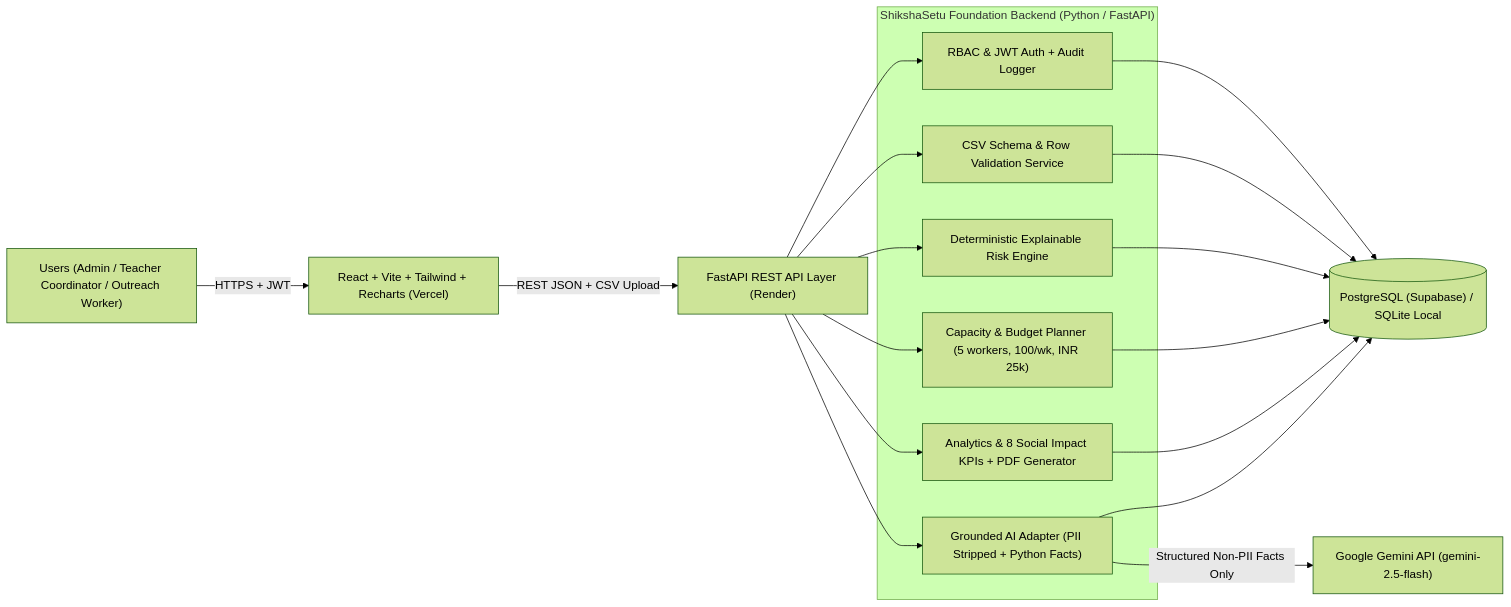
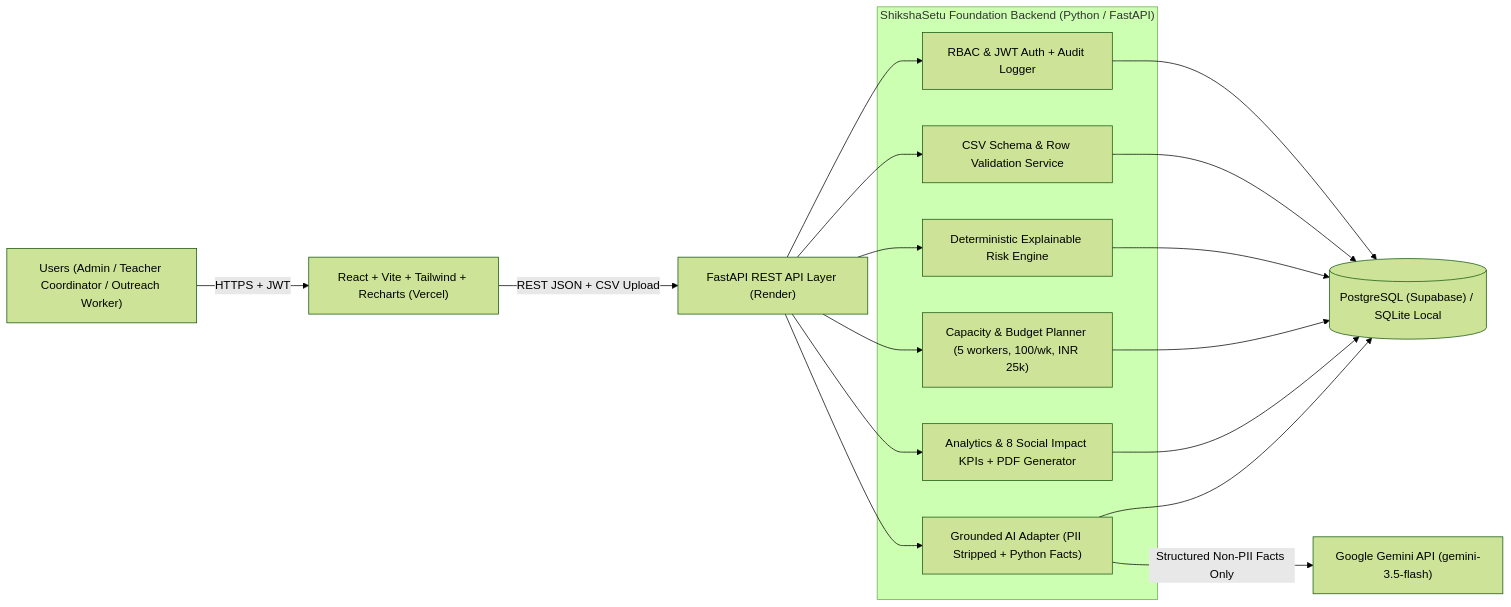
The diagram in docs/ARCHITECTURE.md (Gayathri47499/shikshasetu-foundation), drawn with Mermaid (forest theme) before and after one commit. The commit also changed 7 other files, not shown here.

Commit message:
Update default GEMINI_MODEL to gemini-3.5-flash

````diff
--- a/docs/ARCHITECTURE.md
+++ b/docs/ARCHITECTURE.md
@@ -5,24 +5,24 @@
 ```mermaid
 flowchart LR
     U["Users (Admin / Teacher Coordinator / Outreach Worker)"] -->|HTTPS + JWT| FE["React + Vite + Tailwind + Recharts (Vercel)"]
     FE -->|REST JSON + CSV Upload| API["FastAPI REST API Layer (Render)"]
 
     subgraph Backend ["ShikshaSetu Foundation Backend (Python / FastAPI)"]
         AUTH["RBAC & JWT Auth + Audit Logger"]
         CSV["CSV Schema & Row Validation Service"]
         RISK["Deterministic Explainable Risk Engine"]
         PLAN["Capacity & Budget Planner (5 workers, 100/wk, INR 25k)"]
         KPI["Analytics & 8 Social Impact KPIs + PDF Generator"]
         AI["Grounded AI Adapter (PII Stripped + Python Facts)"]
     end
 
     API --> AUTH
     API --> CSV
     API --> RISK
     API --> PLAN
     API --> KPI
     API --> AI
 
     AUTH & CSV & RISK & PLAN & KPI & AI --> DB[("PostgreSQL (Supabase) / SQLite Local")]
-    AI -->|Structured Non-PII Facts Only| GEM["Google Gemini API (gemini-2.5-flash)"]
+    AI -->|Structured Non-PII Facts Only| GEM["Google Gemini API (gemini-3.5-flash)"]
 ```
````
